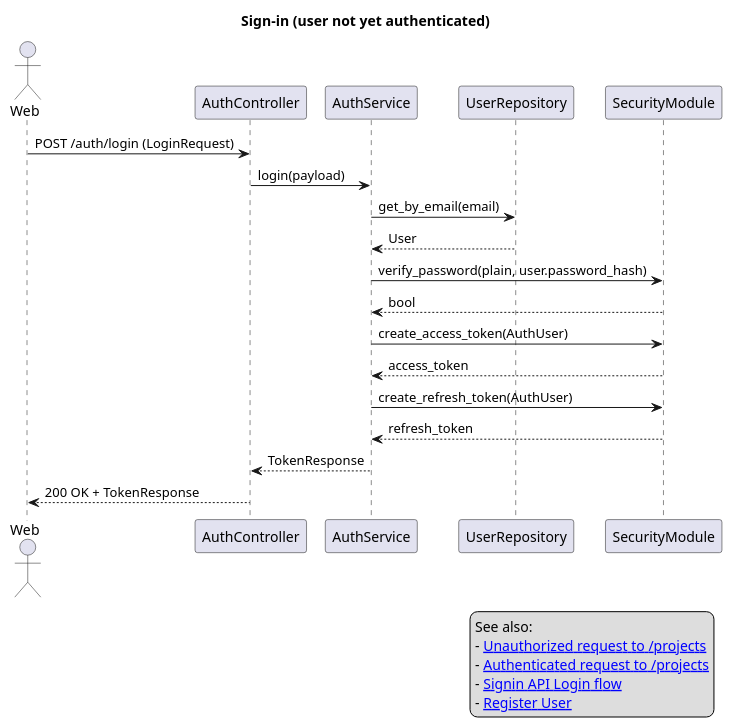
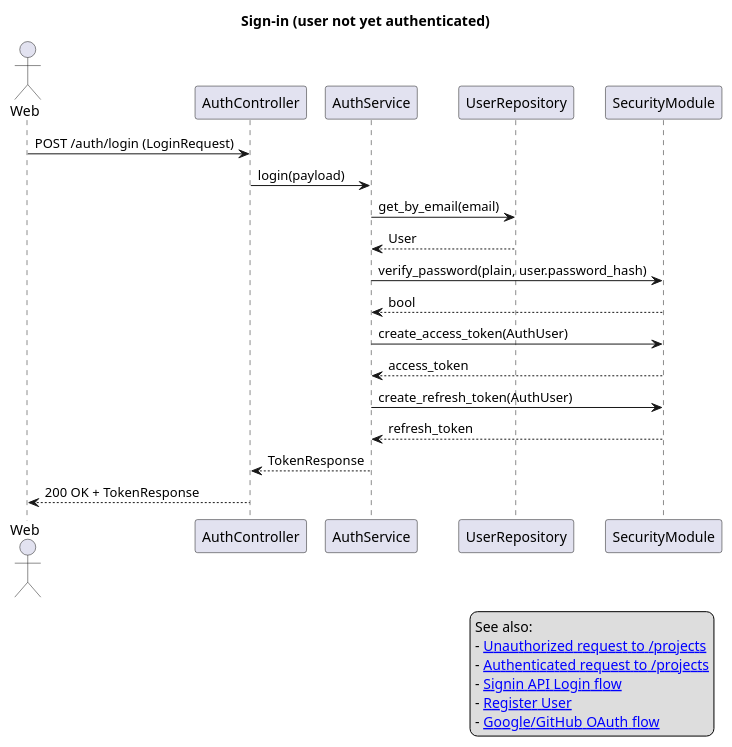
The diagram in architecture/auth/sign-in-no-auth.puml (lukasijus/mlv1sion), drawn with PlantUML before and after one commit. The commit also changed 15 other files, not shown here.

Commit message:
added and update auth UML with google/github oauth

```diff
--- a/architecture/auth/sign-in-no-auth.puml
+++ b/architecture/auth/sign-in-no-auth.puml
@@ -2,34 +2,35 @@
 @startuml
 title Sign-in (user not yet authenticated)
 
 actor Web as Web
 participant "AuthController" as AuthCtl
 participant "AuthService" as AuthSvc
 participant "UserRepository" as UserRepo
 participant "SecurityModule" as Sec
 
 Web -> AuthCtl : POST /auth/login (LoginRequest)
 AuthCtl -> AuthSvc : login(payload)
 
 AuthSvc -> UserRepo : get_by_email(email)
 UserRepo --> AuthSvc : User
 
 AuthSvc -> Sec : verify_password(plain, user.password_hash)
 Sec --> AuthSvc : bool
 
 AuthSvc -> Sec : create_access_token(AuthUser)
 Sec --> AuthSvc : access_token
 AuthSvc -> Sec : create_refresh_token(AuthUser)
 Sec --> AuthSvc : refresh_token
 
 AuthSvc --> AuthCtl : TokenResponse
 AuthCtl --> Web : 200 OK + TokenResponse
 
 legend right
   See also:
   - [[unauthorized.svg Unauthorized request to /projects]]
   - [[logged-in-get-projects.svg Authenticated request to /projects]]
   - [[sign-in-login.svg Signin API Login flow]]
   - [[register.svg Register User]]
+  - [[sign-in-oauth.svg Google/GitHub OAuth flow]]
 end legend
 @enduml
```
